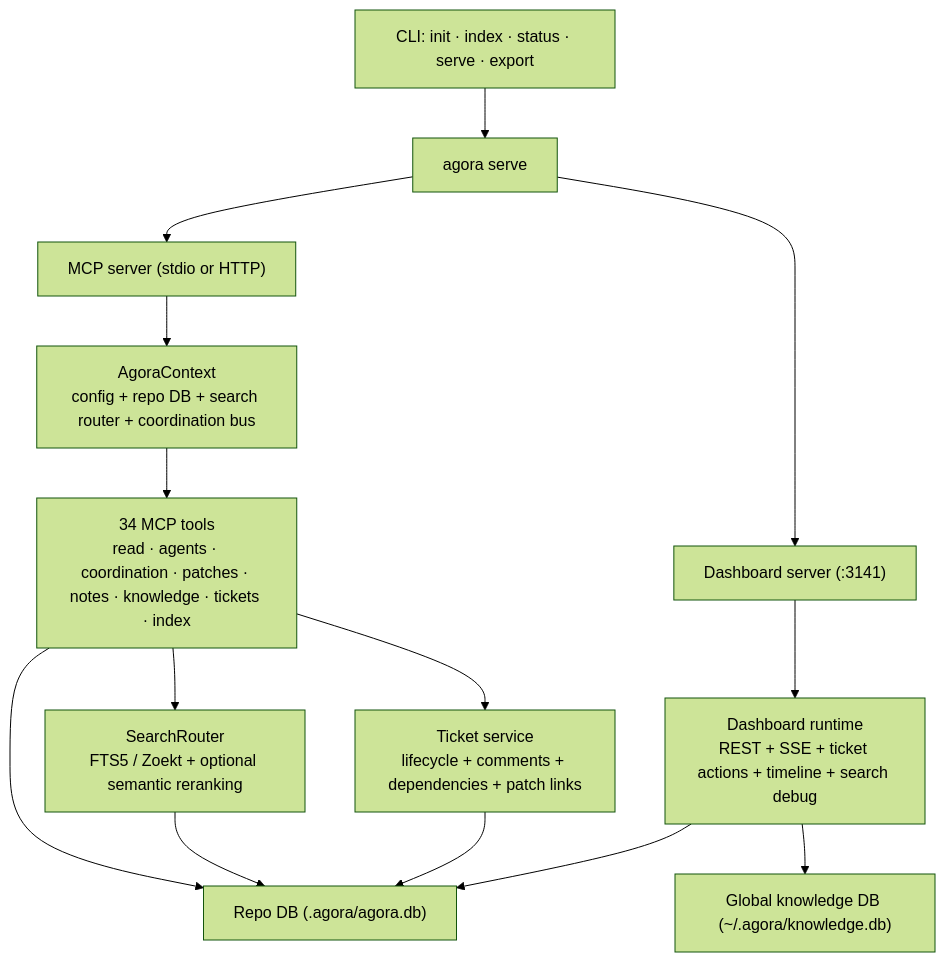
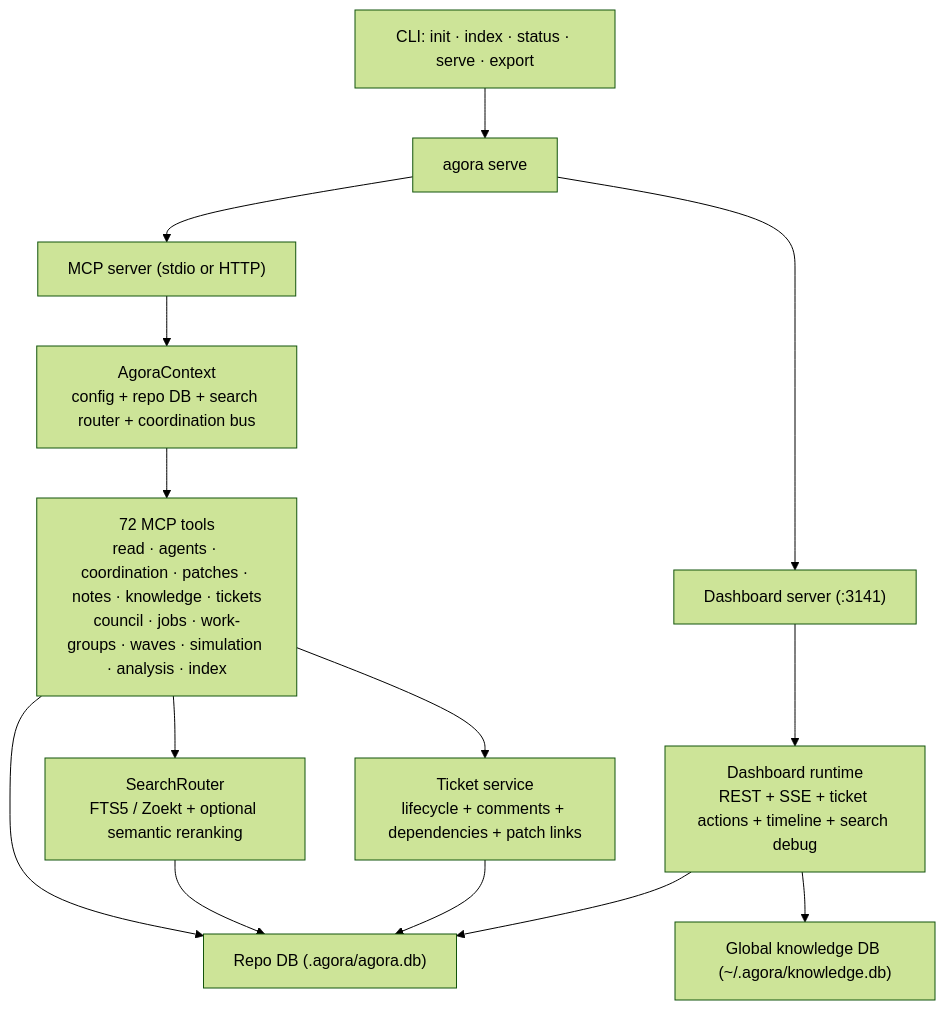
The first of 3 diagrams in docs/architecture.md (xpm-cmd/Monsthera), drawn with Mermaid (forest theme) before and after one commit. The commit also changed other lines of this file and 3 other files, not shown here.

````diff
--- a/docs/architecture.md
+++ b/docs/architecture.md
@@ -5,28 +5,28 @@
 ```mermaid
 flowchart TB
     CLI["CLI: init · index · status · serve · export"]
     SERVE["agora serve"]
     DASH["Dashboard server (:3141)"]
     MCP["MCP server (stdio or HTTP)"]
     CTX["AgoraContext\nconfig + repo DB + search router + coordination bus"]
-    TOOLS["34 MCP tools\nread · agents · coordination · patches · notes · knowledge · tickets · index"]
+    TOOLS["72 MCP tools\nread · agents · coordination · patches · notes · knowledge · tickets\ncouncil · jobs · work-groups · waves · simulation · analysis · index"]
     SEARCH["SearchRouter\nFTS5 / Zoekt + optional semantic reranking"]
     TICKETS["Ticket service\nlifecycle + comments + dependencies + patch links"]
     DASHRT["Dashboard runtime\nREST + SSE + ticket actions + timeline + search debug"]
     REPO["Repo DB (.agora/agora.db)"]
     GLOBAL["Global knowledge DB (~/.agora/knowledge.db)"]
 
     CLI --> SERVE
     SERVE --> MCP
     SERVE --> DASH
     MCP --> CTX
     CTX --> TOOLS
     TOOLS --> SEARCH
     TOOLS --> TICKETS
     TOOLS --> REPO
     SEARCH --> REPO
     TICKETS --> REPO
     DASH --> DASHRT
     DASHRT --> REPO
     DASHRT --> GLOBAL
 ```
````
